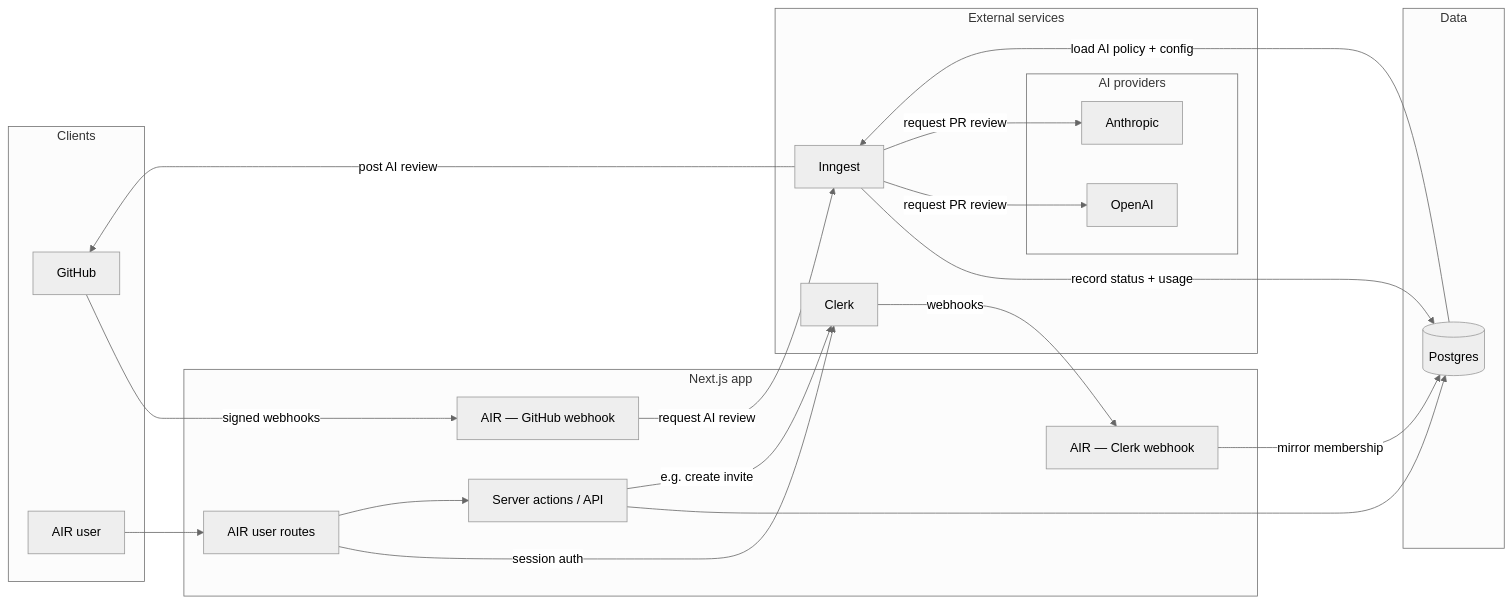
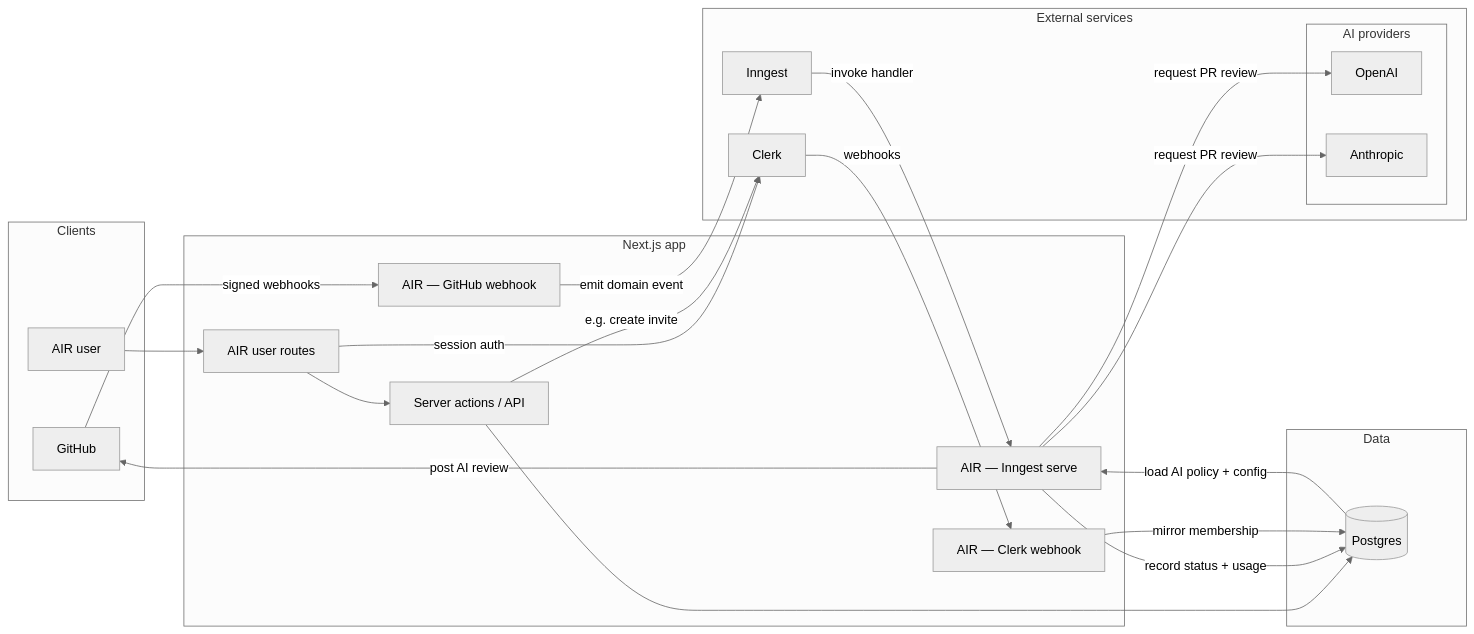
One commit to kworam-self/AIR changed the first of 3 diagrams in docs/system-architecture.md. Above: the diagram before and after it, drawn with Mermaid (neutral theme). The commit also changed other lines of this file, not shown here.

First line of the commit message:
docs: clarify Inngest flow in architecture diagram and sequences

````diff
--- a/docs/system-architecture.md
+++ b/docs/system-architecture.md
@@ -9,44 +9,46 @@
 ```mermaid
 flowchart LR
   subgraph clients [Clients]
     GH[GitHub]
     AirUser[AIR user]
   end
 
   subgraph next [Next.js app]
     AIRRoutes[AIR user routes]
     WH["AIR — GitHub webhook"]
     CW["AIR — Clerk webhook"]
+    INH["AIR — Inngest serve"]
     API[Server actions / API]
   end
 
   subgraph services [External services]
     Clerk[Clerk]
     Inngest[Inngest]
     subgraph ai [AI providers]
       OAI[OpenAI]
       ANT[Anthropic]
     end
   end
 
   subgraph data [Data]
     DB[(Postgres)]
   end
 
   AirUser --> AIRRoutes
   AIRRoutes -->|session auth| Clerk
   AIRRoutes --> API
   API --> DB
   API -->|e.g. create invite| Clerk
 
   GH -->|signed webhooks| WH
-  WH -->|request AI review| Inngest
-  Inngest -->|record status + usage| DB
-  DB -->|load AI policy + config| Inngest
-  Inngest -->|request PR review| OAI
-  Inngest -->|request PR review| ANT
-  Inngest -->|post AI review| GH
+  WH -->|emit domain event| Inngest
+  Inngest -->|invoke handler| INH
+  DB -->|load AI policy + config| INH
+  INH -->|record status + usage| DB
+  INH -->|request PR review| OAI
+  INH -->|request PR review| ANT
+  INH -->|post AI review| GH
 
   Clerk -->|webhooks| CW
   CW -->|mirror membership| DB
 ```
````
